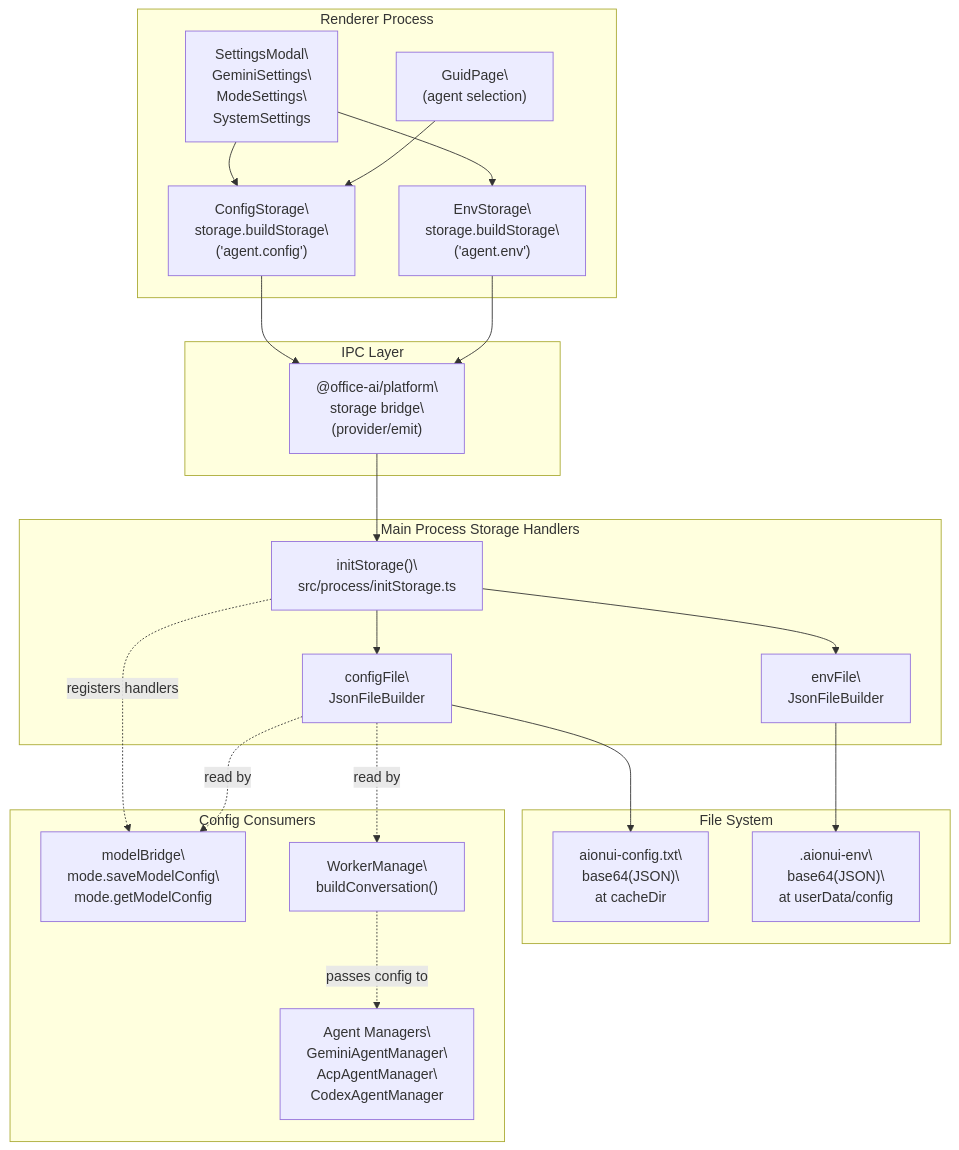
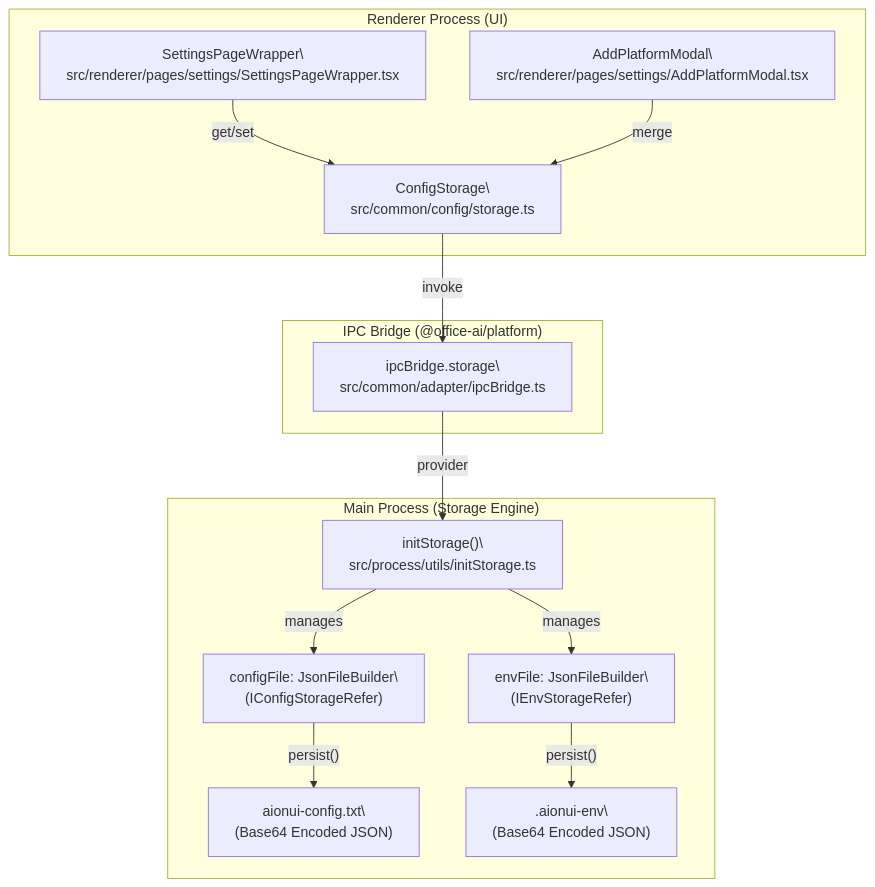
The first of 2 diagrams in docs/iOfficeAI_AionUi/configuration-and-persistence/configuration-system.md (blackcater/zentree), drawn with Mermaid before and after one commit. The commit also changed other lines of this file and 232 other files, not shown here.

````diff
--- a/docs/iOfficeAI_AionUi/configuration-and-persistence/configuration-system.md
+++ b/docs/iOfficeAI_AionUi/configuration-and-persistence/configuration-system.md
@@ -43,69 +51,38 @@
 ```mermaid
 flowchart TB
-  subgraph "Renderer Process"
-    SETTINGS["SettingsModal\
-GeminiSettings\
-ModeSettings\
-SystemSettings"]
-    GUID["GuidPage\
-(agent selection)"]
+  subgraph "RendererProcess" ["Renderer Process (UI)"]
+    UI_SETTINGS["SettingsPageWrapper\
+src/renderer/pages/settings/SettingsPageWrapper.tsx"]
+    UI_MODELS["AddPlatformModal\
+src/renderer/pages/settings/AddPlatformModal.tsx"]
     CS["ConfigStorage\
-storage.buildStorage\
-('agent.config')"]
-    ES["EnvStorage\
-storage.buildStorage\
-('agent.env')"]
+src/common/config/storage.ts"]
   end
 
-  subgraph "IPC Layer"
-    BRIDGE["@office-ai/platform\
-storage bridge\
-(provider/emit)"]
+  subgraph "Bridge" ["IPC Bridge (@office-ai/platform)"]
+    IPC_BRIDGE["ipcBridge.storage\
+src/common/adapter/ipcBridge.ts"]
   end
 
-  subgraph "Main Process Storage Handlers"
-    INITSTORAGE["initStorage()\
-src/process/initStorage.ts"]
-    CONFIGFILE["configFile\
-JsonFileBuilder<IConfigStorageRefer>"]
-    ENVFILE["envFile\
-JsonFileBuilder<IEnvStorageRefer>"]
+  subgraph "MainProcess" ["Main Process (Storage Engine)"]
+    INIT_STORAGE["initStorage()\
+src/process/utils/initStorage.ts"]
+    JFB_CONFIG["configFile: JsonFileBuilder\
+(IConfigStorageRefer)"]
+    JFB_ENV["envFile: JsonFileBuilder\
+(IEnvStorageRefer)"]
+    DISK_CONFIG["aionui-config.txt\
+(Base64 Encoded JSON)"]
+    DISK_ENV[".aionui-env\
+(Base64 Encoded JSON)"]
   end
 
-  subgraph "File System"
-    CONFIGTXT["aionui-config.txt\
-base64(JSON)\
-at cacheDir"]
-    ENVTXT[".aionui-env\
-base64(JSON)\
-at userData/config"]
-  end
-
-  subgraph "Config Consumers"
-    MODELBR["modelBridge\
-mode.saveModelConfig\
-mode.getModelConfig"]
-    WORKMGR["WorkerManage\
-buildConversation()"]
-    AGENTS["Agent Managers\
-GeminiAgentManager\
-AcpAgentManager\
-CodexAgentManager"]
-  end
-
-  SETTINGS --> CS
-  GUID --> CS
-  SETTINGS --> ES
-  CS --> BRIDGE
-  ES --> BRIDGE
-  BRIDGE --> INITSTORAGE
-  INITSTORAGE --> CONFIGFILE
-  INITSTORAGE --> ENVFILE
-  CONFIGFILE --> CONFIGTXT
-  ENVFILE --> ENVTXT
-
-  INITSTORAGE -.->|"registers handlers"| MODELBR
-  CONFIGFILE -.->|"read by"| MODELBR
-  CONFIGFILE -.->|"read by"| WORKMGR
-  WORKMGR -.->|"passes config to"| AGENTS
+  UI_SETTINGS -- "get/set" --> CS
+  UI_MODELS -- "merge" --> CS
+  CS -- "invoke" --> IPC_BRIDGE
+  IPC_BRIDGE -- "provider" --> INIT_STORAGE
+  INIT_STORAGE -- "manages" --> JFB_CONFIG
+  INIT_STORAGE -- "manages" --> JFB_ENV
+  JFB_CONFIG -- "persist()" --> DISK_CONFIG
+  JFB_ENV -- "persist()" --> DISK_ENV
 ```
````
